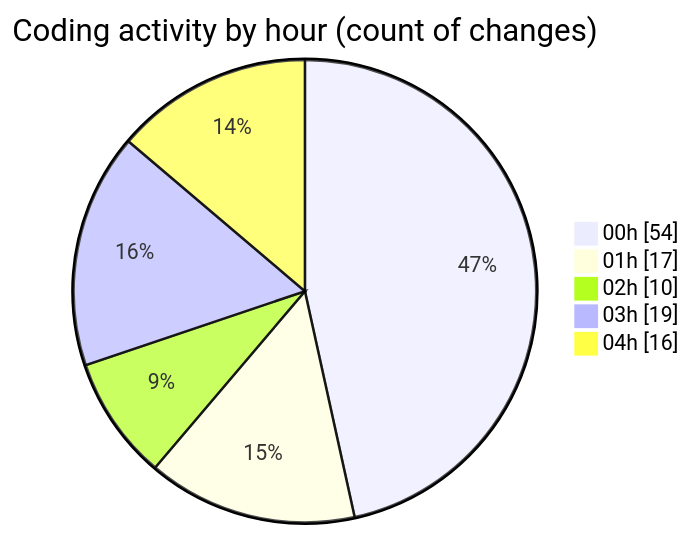
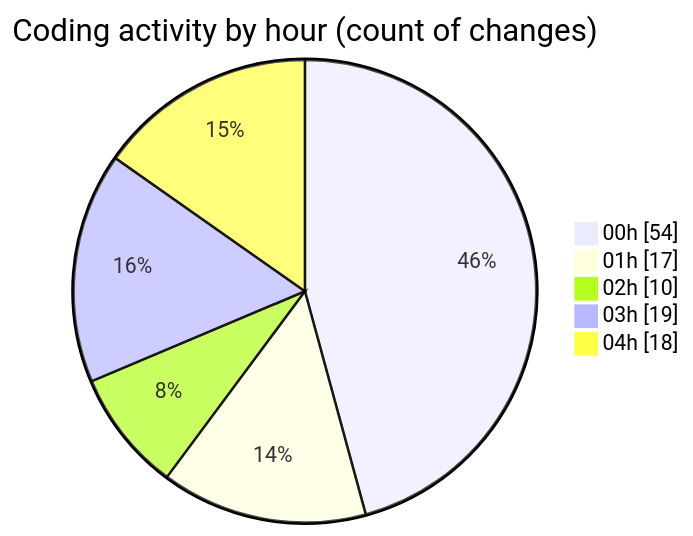
Before and after one commit to lephambinh05/code-tracking: the second of 2 diagrams in 2025-07-26/quanlyrapchieuphim-1/README.md, drawn with Mermaid. The commit also changed other lines of this file and 1 other file, not shown here.

````diff
--- a/2025-07-26/quanlyrapchieuphim-1/README.md
+++ b/2025-07-26/quanlyrapchieuphim-1/README.md
@@ -38,9 +38,9 @@
 ```mermaid
 pie showData
 title Coding activity by hour (count of changes)
 "00h" : 54
 "01h" : 17
 "02h" : 10
 "03h" : 19
-"04h" : 16
+"04h" : 18
 ```
````
